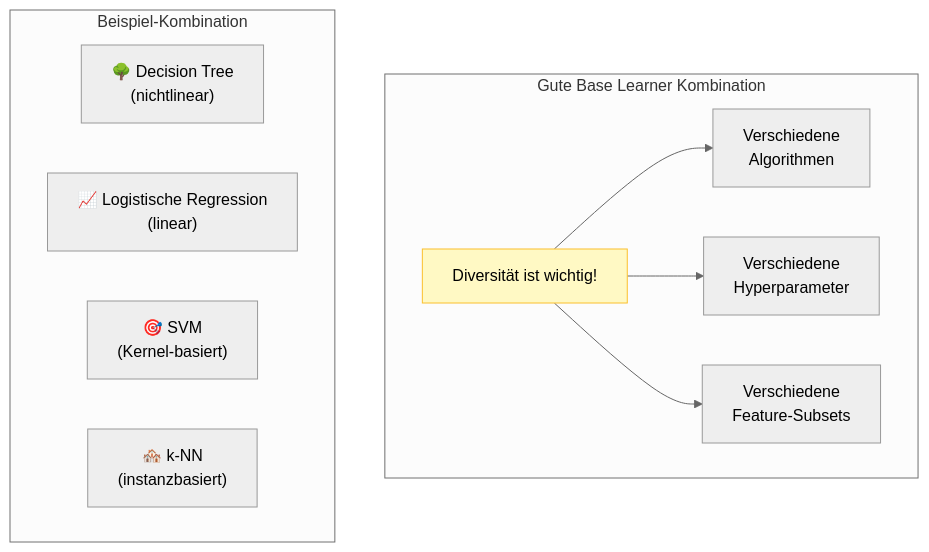
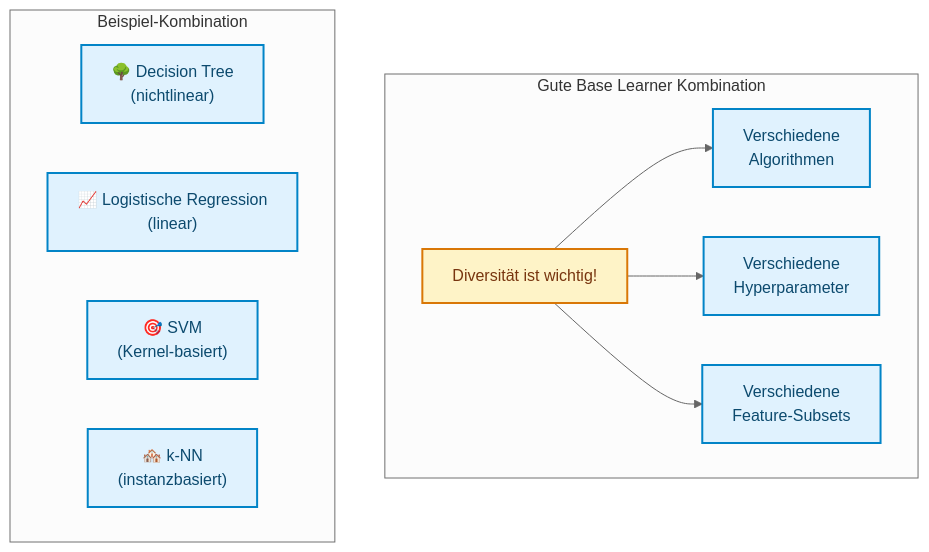
Before and after one commit to ralf-42/ML_Intro: the seventh of 9 diagrams in docs/concepts/modeling/stacking.md, drawn with Mermaid (neutral theme). The commit also changed other lines of this file and 67 other files, not shown here.

````diff
--- a/docs/concepts/modeling/stacking.md
+++ b/docs/concepts/modeling/stacking.md
@@ -253,19 +261,21 @@
 ```mermaid
 flowchart TD
     subgraph Auswahl["Gute Base Learner Kombination"]
         DIV["Diversität ist wichtig!"]
         
         DIV --> D1["Verschiedene<br>Algorithmen"]
         DIV --> D2["Verschiedene<br>Hyperparameter"]
         DIV --> D3["Verschiedene<br>Feature-Subsets"]
     end
     
     subgraph Beispiel["Beispiel-Kombination"]
         E1["🌳 Decision Tree<br>(nichtlinear)"]
         E2["📈 Logistische Regression<br>(linear)"]
         E3["🎯 SVM<br>(Kernel-basiert)"]
         E4["🏘️ k-NN<br>(instanzbasiert)"]
     end
-    
-    style DIV fill:#fff9c4,stroke:#fbc02d
+
+    classDef default fill:#e0f2fe,stroke:#0284c7,stroke-width:2px,color:#0c4a6e;
+    classDef metric fill:#fef3c7,stroke:#d97706,stroke-width:2px,color:#78350f;
+    class DIV metric;
 ```
````
